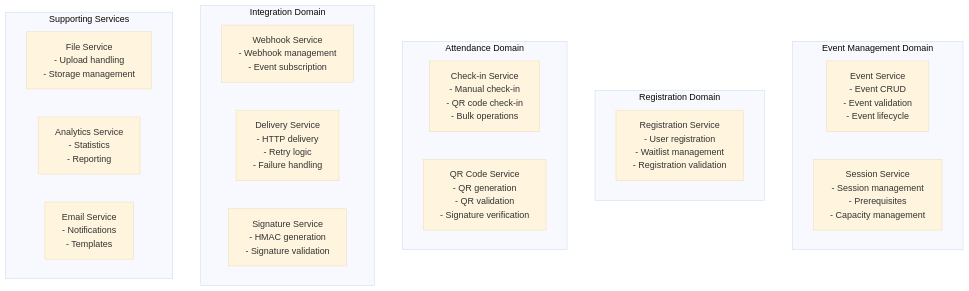
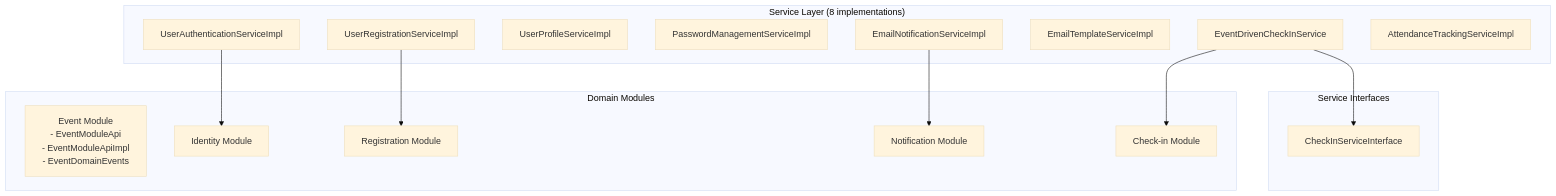
Before and after one commit to jpwhite3/eventr: the fourth of 21 diagrams in docs/architecture.md, drawn with Mermaid (base theme). The commit also changed other lines of this file and 73 other files, not shown here.

First line of the commit message:
refactor: Modular monolith architecture with dependency updates

````diff
--- a/docs/architecture.md
+++ b/docs/architecture.md
@@ -172,28 +239,32 @@
 ```mermaid
 graph TB
-    subgraph "Event Management Domain"
-        EVENT_SVC[Event Service<br/>- Event CRUD<br/>- Event validation<br/>- Event lifecycle]
-        SESSION_SVC[Session Service<br/>- Session management<br/>- Prerequisites<br/>- Capacity management]
+    subgraph "Service Layer (8 implementations)"
+        AUTH[UserAuthenticationServiceImpl]
+        REG[UserRegistrationServiceImpl]
+        PROFILE[UserProfileServiceImpl]
+        PWD[PasswordManagementServiceImpl]
+        EMAIL[EmailNotificationServiceImpl]
+        TEMPLATE[EmailTemplateServiceImpl]
+        CHECKIN[EventDrivenCheckInService]
+        ATTEND[AttendanceTrackingServiceImpl]
     end
     
-    subgraph "Registration Domain"
-        REG_SVC[Registration Service<br/>- User registration<br/>- Waitlist management<br/>- Registration validation]
+    subgraph "Service Interfaces"
+        CHECKIN_INT[CheckInServiceInterface]
     end
     
-    subgraph "Attendance Domain"
-        CHECKIN_SVC[Check-in Service<br/>- Manual check-in<br/>- QR code check-in<br/>- Bulk operations]
-        QR_SVC[QR Code Service<br/>- QR generation<br/>- QR validation<br/>- Signature verification]
+    CHECKIN --> CHECKIN_INT
+    
+    subgraph "Domain Modules"
+        EVENT_MOD[Event Module<br/>- EventModuleApi<br/>- EventModuleApiImpl<br/>- EventDomainEvents]
+        CHECKIN_MOD[Check-in Module]
+        REG_MOD[Registration Module]
+        IDENTITY_MOD[Identity Module]
+        NOTIF_MOD[Notification Module]
     end
     
-    subgraph "Integration Domain"
-        WEBHOOK_SVC[Webhook Service<br/>- Webhook management<br/>- Event subscription]
-        DELIVERY_SVC[Delivery Service<br/>- HTTP delivery<br/>- Retry logic<br/>- Failure handling]
-        SIG_SVC[Signature Service<br/>- HMAC generation<br/>- Signature validation]
-    end
-    
-    subgraph "Supporting Services"
-        FILE_SVC[File Service<br/>- Upload handling<br/>- Storage management]
-        ANALYTICS_SVC[Analytics Service<br/>- Statistics<br/>- Reporting]
-        EMAIL_SVC[Email Service<br/>- Notifications<br/>- Templates]
-    end
+    AUTH --> IDENTITY_MOD
+    REG --> REG_MOD
+    EMAIL --> NOTIF_MOD
+    CHECKIN --> CHECKIN_MOD
 ```
````
